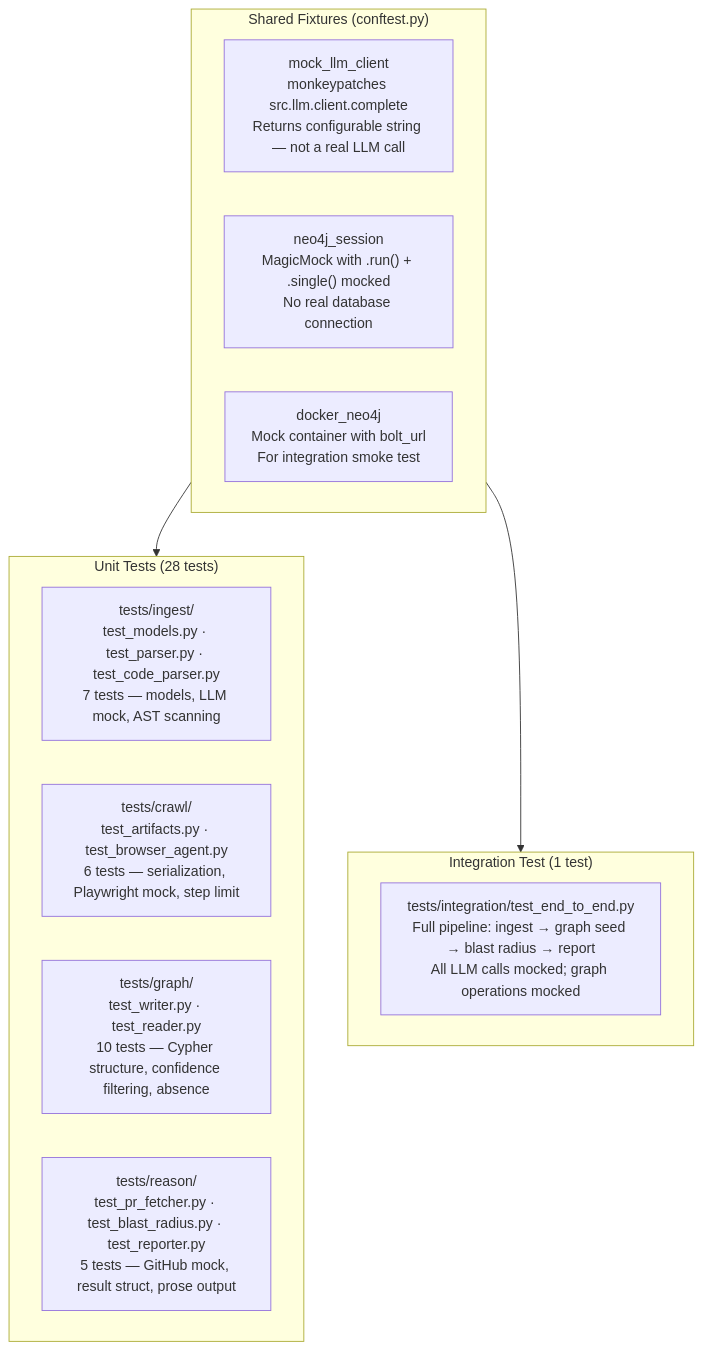
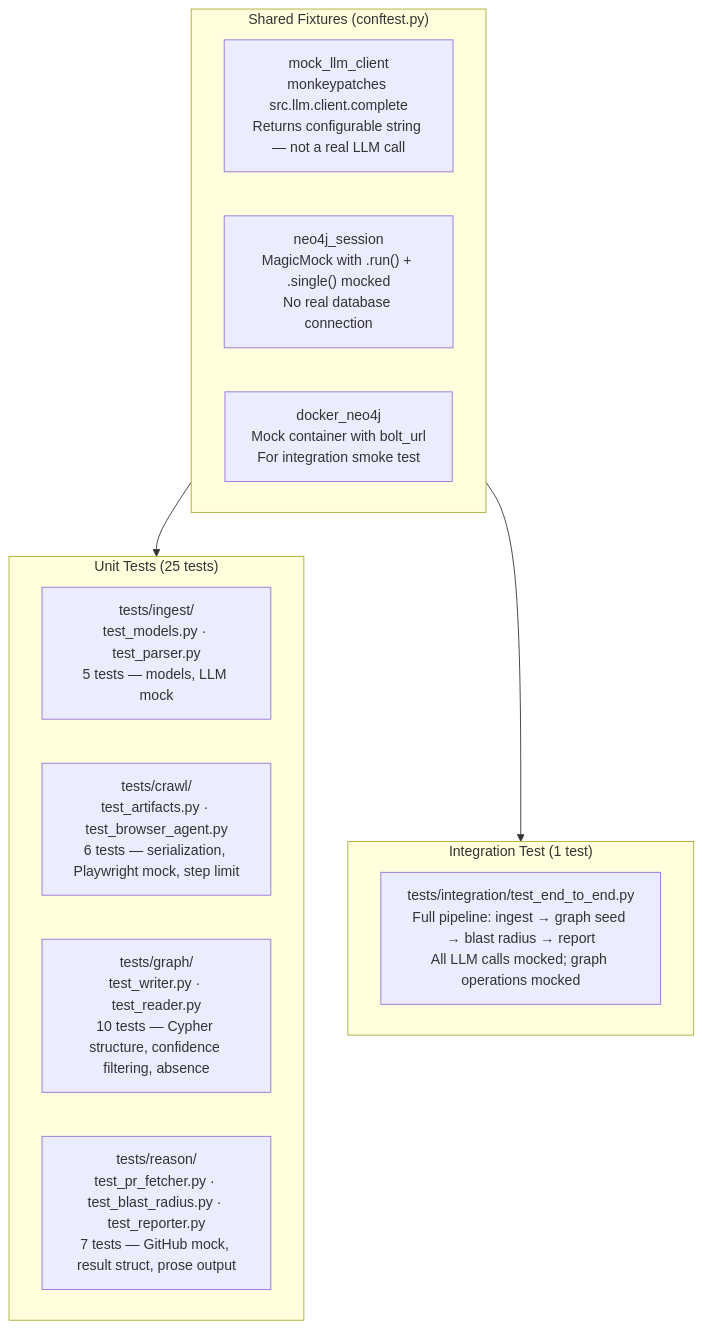
Before and after one commit to snowsanta/testsigma: the tenth of 10 diagrams in design_doc.md, drawn with Mermaid. The commit also changed other lines of this file and 12 other files, not shown here.

````diff
--- a/design_doc.md
+++ b/design_doc.md
@@ -566,22 +541,22 @@
 ```mermaid
 flowchart TB
-    subgraph UNIT["Unit Tests (28 tests)"]
-        T1["tests/ingest/\ntest_models.py · test_parser.py · test_code_parser.py\n7 tests — models, LLM mock, AST scanning"]
+    subgraph UNIT["Unit Tests (25 tests)"]
+        T1["tests/ingest/\ntest_models.py · test_parser.py\n5 tests — models, LLM mock"]
         T2["tests/crawl/\ntest_artifacts.py · test_browser_agent.py\n6 tests — serialization, Playwright mock, step limit"]
         T3["tests/graph/\ntest_writer.py · test_reader.py\n10 tests — Cypher structure, confidence filtering, absence"]
-        T4["tests/reason/\ntest_pr_fetcher.py · test_blast_radius.py · test_reporter.py\n5 tests — GitHub mock, result struct, prose output"]
+        T4["tests/reason/\ntest_pr_fetcher.py · test_blast_radius.py · test_reporter.py\n7 tests — GitHub mock, result struct, prose output"]
     end
 
     subgraph INTEGRATION["Integration Test (1 test)"]
         T5["tests/integration/test_end_to_end.py\nFull pipeline: ingest → graph seed → blast radius → report\nAll LLM calls mocked; graph operations mocked"]
     end
 
     subgraph FIXTURES["Shared Fixtures (conftest.py)"]
         F1["mock_llm_client\nmonkeypatches src.llm.client.complete\nReturns configurable string — not a real LLM call"]
         F2["neo4j_session\nMagicMock with .run() + .single() mocked\nNo real database connection"]
         F3["docker_neo4j\nMock container with bolt_url\nFor integration smoke test"]
     end
 
     FIXTURES --> UNIT
     FIXTURES --> INTEGRATION
 ```
````
